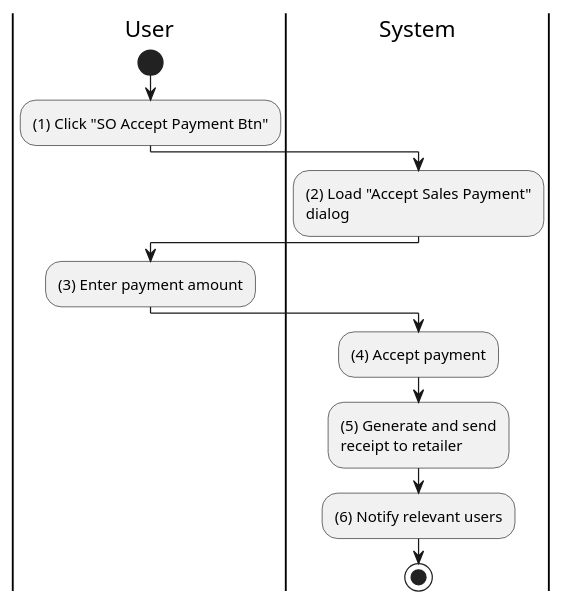
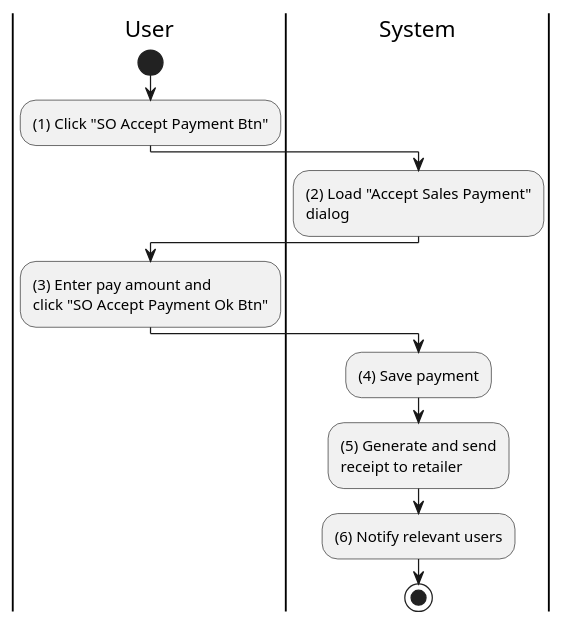
The diagram in activities/sales-order-accept-payment.plantuml (phihungha/scmss-reqs), drawn with PlantUML before and after one commit. The commit also changed 9 other files, not shown here.

```diff
--- a/activities/sales-order-accept-payment.plantuml
+++ b/activities/sales-order-accept-payment.plantuml
@@ -1,20 +1,20 @@
 @startuml sales-order-accept-payment
 |u|User
 |s|System
 
 |u|
 start
 :(1) Click "SO Accept Payment Btn";
 
 |s|
 :(2) Load "Accept Sales Payment"\ndialog;
 
 |u|
-:(3) Enter payment amount;
+:(3) Enter pay amount and\nclick "SO Accept Payment Ok Btn";
 
 |s|
-:(4) Accept payment;
+:(4) Save payment;
 :(5) Generate and send\nreceipt to retailer;
 :(6) Notify relevant users;
 stop
 @enduml
```
